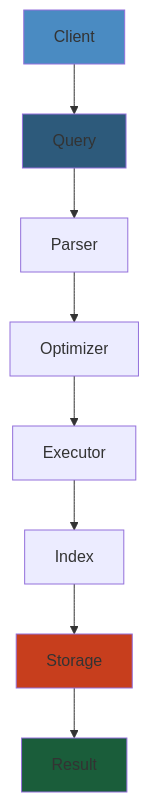
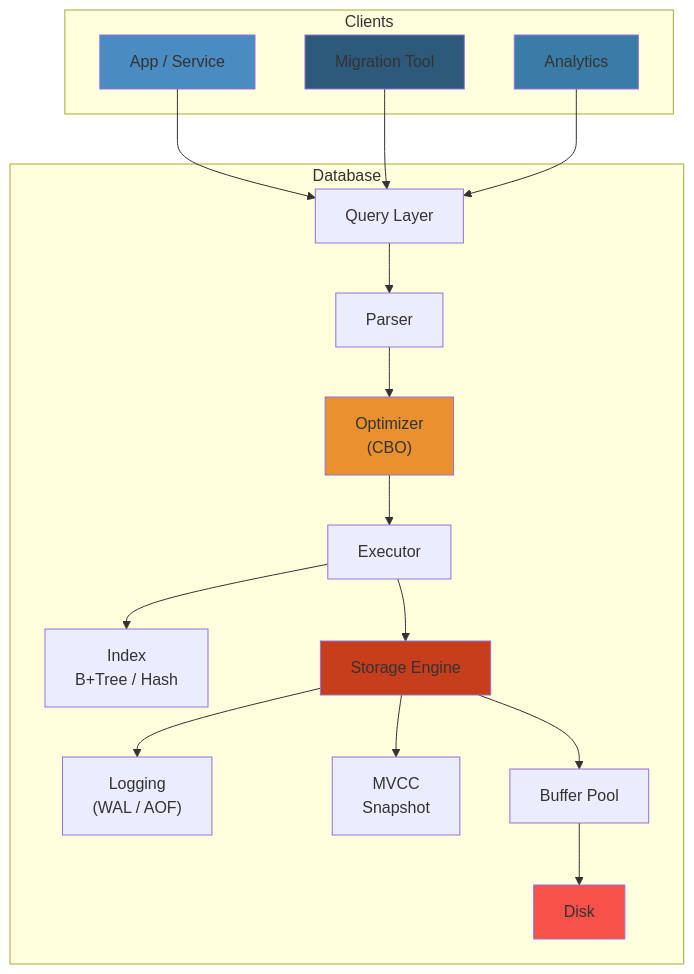
Before and after one commit to premchandkpc/md-courses: the first of 2 diagrams in data/08-databases/README.md, drawn with Mermaid. The commit also changed other lines of this file and 44 other files, not shown here.

````diff
--- a/data/08-databases/README.md
+++ b/data/08-databases/README.md
@@ -6,14 +6,34 @@
 ```mermaid
 graph TB
-    A["Client"] --> B["Query"]
-    B --> C["Parser"]
-    C --> D["Optimizer"]
-    D --> E["Executor"]
-    E --> F["Index"]
-    F --> G["Storage"]
-    G --> H["Result"]
-    style A fill:#4a8bc2
-    style B fill:#2d5a7b
-    style G fill:#c73e1d
-    style H fill:#1a5d3a
+    subgraph Clients
+        C1["App / Service"]
+        C2["Migration Tool"]
+        C3["Analytics"]
+    end
+    subgraph Database
+        Q["Query Layer"]
+        P["Parser"]
+        O["Optimizer<br/>(CBO)"]
+        E["Executor"]
+        I["Index<br/>B+Tree / Hash"]
+        S["Storage Engine"]
+        L["Logging<br/>(WAL / AOF)"]
+        M["MVCC<br/>Snapshot"]
+        B["Buffer Pool"]
+        D["Disk"]
+    end
+    C1 --> Q; C2 --> Q; C3 --> Q
+    Q --> P --> O --> E
+    E --> I
+    E --> S
+    S --> L
+    S --> M
+    S --> B --> D
+    
+    style C1 fill:#4a8bc2
+    style C2 fill:#2d5a7b
+    style C3 fill:#3a7ca5
+    style O fill:#e8912e
+    style S fill:#c73e1d
+    style D fill:#f85149
 ```
````
